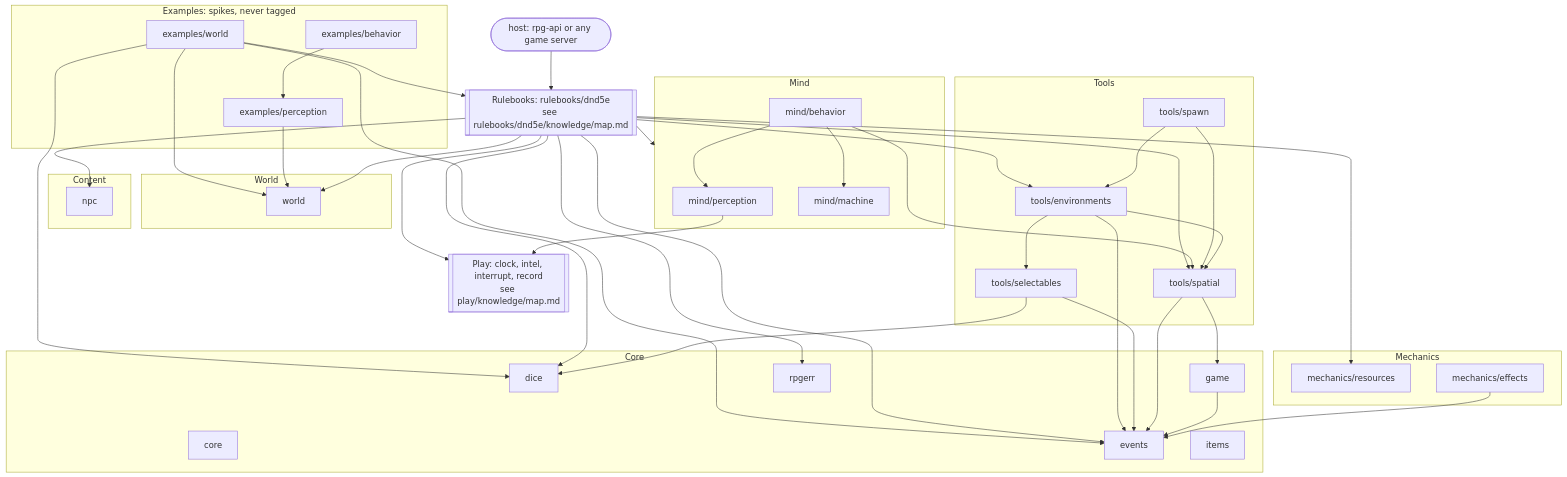
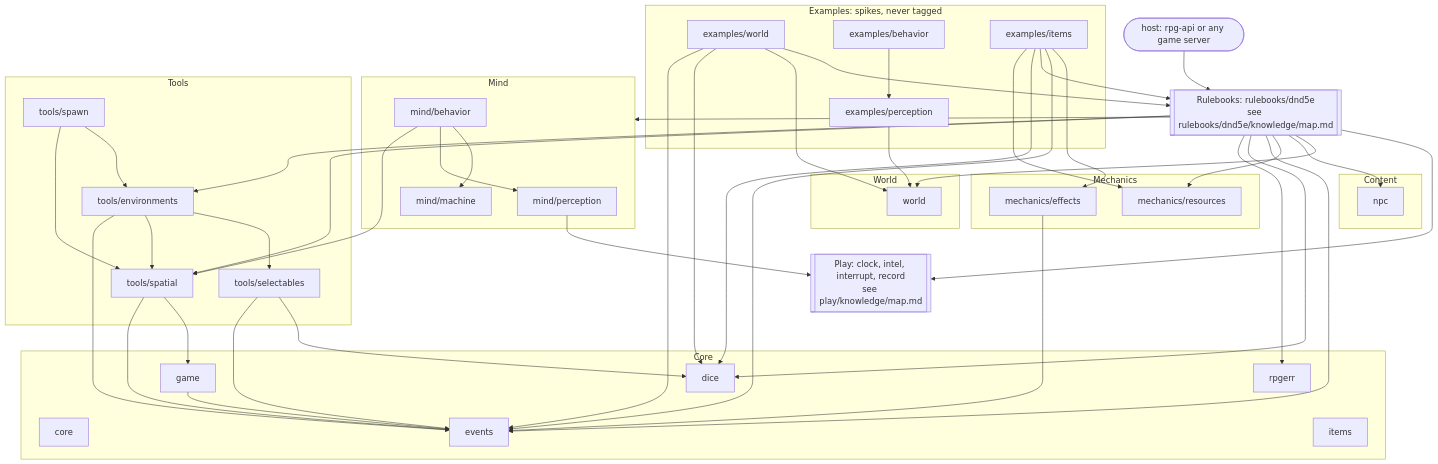
One commit to KirkDiggler/rpg-toolkit changed the diagram in knowledge/map.md. Above: the diagram before and after it, drawn with Mermaid. The commit also changed 14 other files, not shown here.

First line of the commit message:
examples(items): compose grants, pools and typed activation (#2273)

````diff
--- a/knowledge/map.md
+++ b/knowledge/map.md
@@ -11,63 +11,65 @@
 ```mermaid
 flowchart TD
   HOST(["host: rpg-api or any game server"])
 
   subgraph EXAMPLES["Examples: spikes, never tagged"]
     EXW["examples/world"]
     EXP["examples/perception"]
     EXB["examples/behavior"]
+    EXI["examples/items"]
   end
 
   RB[["Rulebooks: rulebooks/dnd5e<br/>see rulebooks/dnd5e/knowledge/map.md"]]
 
   subgraph MIND["Mind"]
     PERC["mind/perception"]
     BEH["mind/behavior"]
     MACH["mind/machine"]
   end
 
   PLAY[["Play: clock, intel, interrupt, record<br/>see play/knowledge/map.md"]]
 
   subgraph WORLDL["World"]
     WORLD["world"]
   end
 
   subgraph CONTENT["Content"]
     NPC["npc"]
   end
 
   subgraph TOOLS["Tools"]
     SPATIAL["tools/spatial"]
     ENV["tools/environments"]
     SEL["tools/selectables"]
     SPAWN["tools/spawn"]
   end
 
   subgraph MECH["Mechanics"]
     RES["mechanics/resources"]
     EFF["mechanics/effects"]
   end
 
   subgraph CORE["Core"]
     C["core"]
     EV["events"]
     DICE["dice"]
     GAME["game"]
     ERR["rpgerr"]
     ITEMS["items"]
   end
 
   HOST --> RB
   EXW --> RB & WORLD & DICE & EV
   EXP --> WORLD
   EXB --> EXP
+  EXI --> EFF & EV & RB & DICE & RES
   RB --> MIND & PLAY & WORLD & NPC & SPATIAL & ENV & RES & EV & DICE & ERR
   BEH --> MACH & PERC & SPATIAL
   PERC --> PLAY
   SPAWN --> ENV & SPATIAL
   ENV --> SEL & SPATIAL & EV
   SEL --> DICE & EV
   SPATIAL --> GAME & EV
   GAME --> EV
   EFF --> EV
 ```
````
